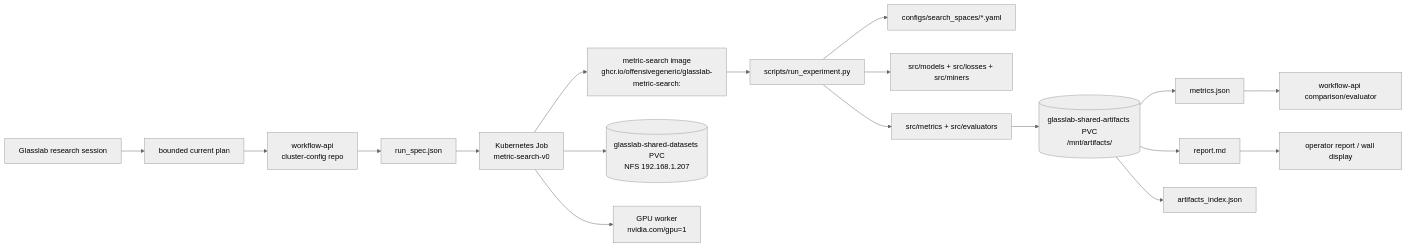
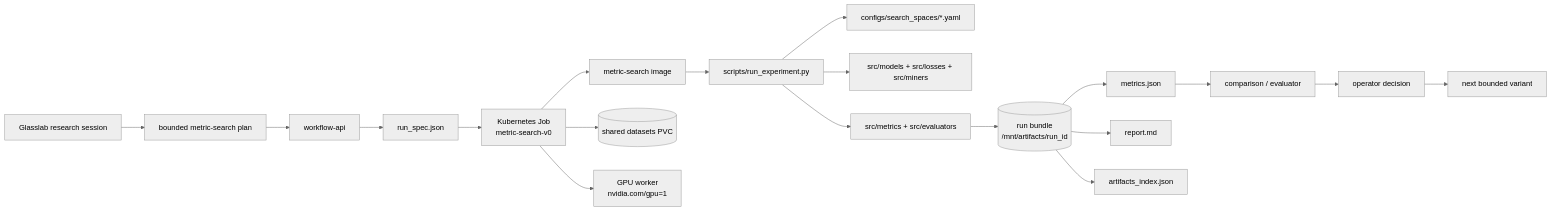
Before and after one commit to OffensiveGeneric/glasslab-cluster-config: the diagram in docs/display/metric-search-display-report-2026-05-21.md, drawn with Mermaid (neutral theme). The commit also changed other lines of this file and 1 other file, not shown here.

Commit message:
Refocus display reports on Glasslab workflows

````diff
--- a/docs/display/metric-search-display-report-2026-05-21.md
+++ b/docs/display/metric-search-display-report-2026-05-21.md
@@ -137,20 +134,21 @@
 ```mermaid
 flowchart LR
-  session[Glasslab research session] --> plan[bounded current plan]
-  plan --> api[workflow-api<br/>cluster-config repo]
+  session[Glasslab research session] --> plan[bounded metric-search plan]
+  plan --> api[workflow-api]
   api --> spec[run_spec.json]
   spec --> job[Kubernetes Job<br/>metric-search-v0]
-  job --> image[metric-search image<br/>ghcr.io/offensivegeneric/glasslab-metric-search:<sha>]
-  job --> data[(glasslab-shared-datasets PVC<br/>NFS 192.168.1.207)]
+  job --> image[metric-search image]
+  job --> data[(shared datasets PVC)]
   job --> gpu[GPU worker<br/>nvidia.com/gpu=1]
   image --> runner[scripts/run_experiment.py]
   runner --> configs[configs/search_spaces/*.yaml]
   runner --> model[src/models + src/losses + src/miners]
   runner --> eval[src/metrics + src/evaluators]
-  eval --> artifacts[(glasslab-shared-artifacts PVC<br/>/mnt/artifacts/<run_id>)]
-  artifacts --> metrics[metrics.json]
-  artifacts --> report[report.md]
-  artifacts --> index[artifacts_index.json]
-  metrics --> compare[workflow-api comparison/evaluator]
-  report --> display[operator report / wall display]
+  eval --> bundle[(run bundle<br/>/mnt/artifacts/run_id)]
+  bundle --> metrics[metrics.json]
+  bundle --> report[report.md]
+  bundle --> index[artifacts_index.json]
+  metrics --> compare[comparison / evaluator]
+  compare --> decision[operator decision]
+  decision --> mutation[next bounded variant]
 ```
````
